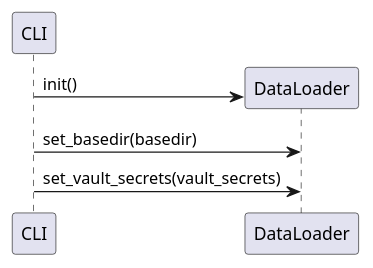
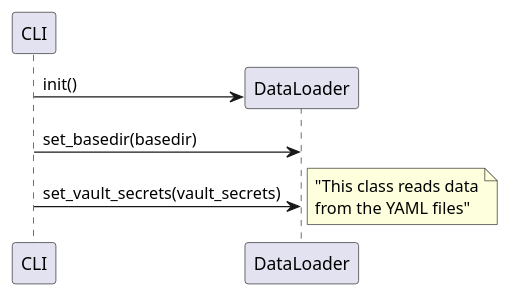
The diagram in project/uml/CLI_Configuration/DataLoader.puml (ezequiels/nazz), drawn with PlantUML before and after one commit. The commit also changed 6 other files, not shown here.

Commit message:
Updates to seq diagrams

```diff
--- a/project/uml/CLI_Configuration/DataLoader.puml
+++ b/project/uml/CLI_Configuration/DataLoader.puml
@@ -1,7 +1,12 @@
 @startuml
 participant CLI
 create DataLoader
 CLI -> DataLoader: init()
 CLI -> DataLoader: set_basedir(basedir)
 CLI -> DataLoader: set_vault_secrets(vault_secrets)
+
+note right
+     "This class reads data
+     from the YAML files"
+end note
 @enduml
```
